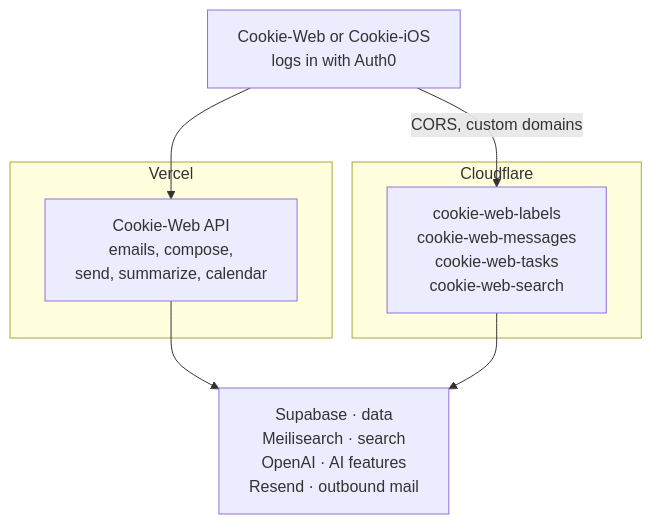
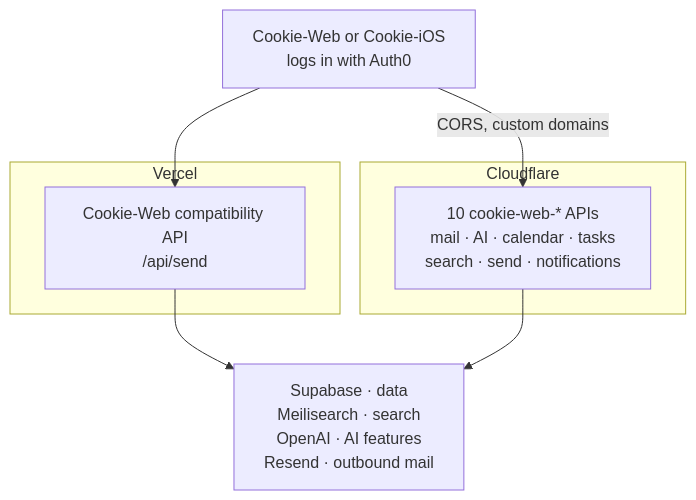
One commit to allistera/Cookie-Docs changed the fifth of 7 diagrams in docs/01-architecture.mdx. Above: the diagram before and after it, drawn with Mermaid. The commit also changed other lines of this file and 16 other files, not shown here.

Commit message:
docs: align system guide with current architecture

````diff
--- a/docs/01-architecture.mdx
+++ b/docs/01-architecture.mdx
@@ -144,19 +152,19 @@
 ```mermaid
 flowchart TB
     Login["Cookie-Web or Cookie-iOS<br/>logs in with Auth0"]
 
     subgraph Vercel["Vercel"]
-        API["Cookie-Web API<br/>emails, compose,<br/>send, summarize, calendar"]
+        API["Cookie-Web compatibility API<br/>/api/send"]
     end
 
     subgraph CF["Cloudflare"]
-        Workers["cookie-web-labels<br/>cookie-web-messages<br/>cookie-web-tasks<br/>cookie-web-search"]
+        Workers["10 cookie-web-* APIs<br/>mail · AI · calendar · tasks<br/>search · send · notifications"]
     end
 
     Services["Supabase · data<br/>Meilisearch · search<br/>OpenAI · AI features<br/>Resend · outbound mail"]
 
     Login --> API
     Login -- "CORS, custom domains" --> Workers
     API --> Services
     Workers --> Services
 ```
````
